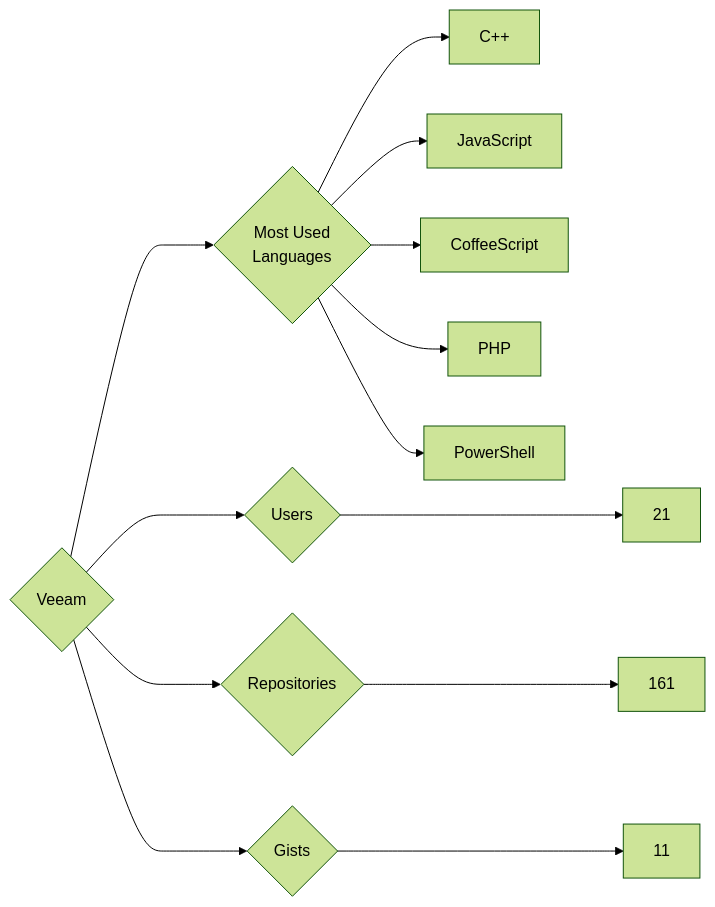
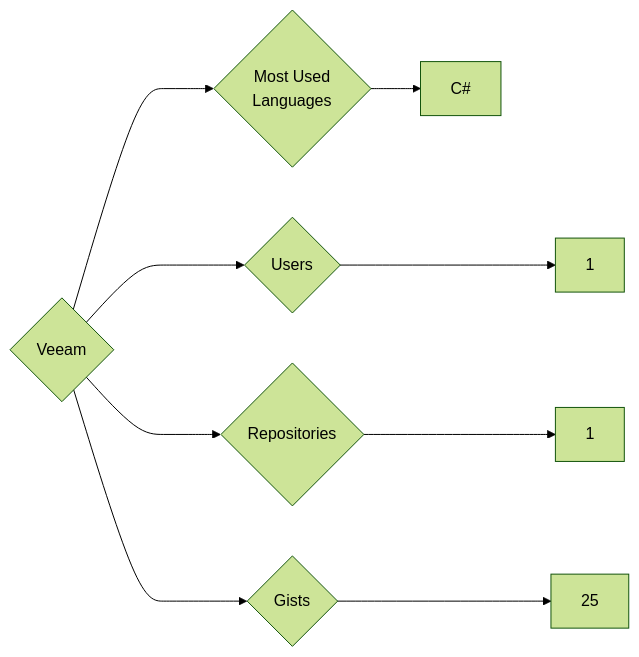
One commit to trickest/insiders changed the diagram in targets/Veeam/README.md. Above: the diagram before and after it, drawn with Mermaid (forest theme). The commit also changed 765 other files, not shown here.

````diff
--- a/targets/Veeam/README.md
+++ b/targets/Veeam/README.md
@@ -3,13 +3,9 @@
 ```mermaid
 graph LR
 COMPANY_NAME{Veeam}
-COMPANY_NAME ---> U{Users} ---> UN[21]
-COMPANY_NAME ---> R{Repositories} ---> RN[161]
-COMPANY_NAME ---> G{Gists} ---> GN[11]
+COMPANY_NAME ---> U{Users} ---> UN[1]
+COMPANY_NAME ---> R{Repositories} ---> RN[1]
+COMPANY_NAME ---> G{Gists} ---> GN[25]
 COMPANY_NAME ---> ML{Most Used<br>Languages}
-ML --> C++[C++]
-ML --> JavaScript[JavaScript]
-ML --> CoffeeScript[CoffeeScript]
-ML --> PHP[PHP]
-ML --> PowerShell[PowerShell]
+ML --> C#[C#]
 ```
````
